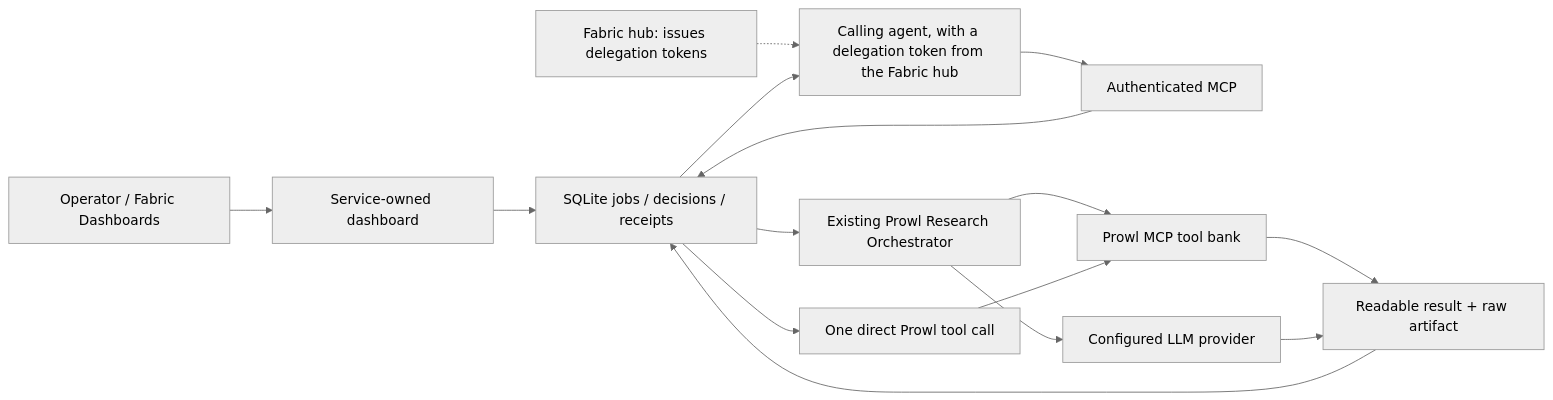
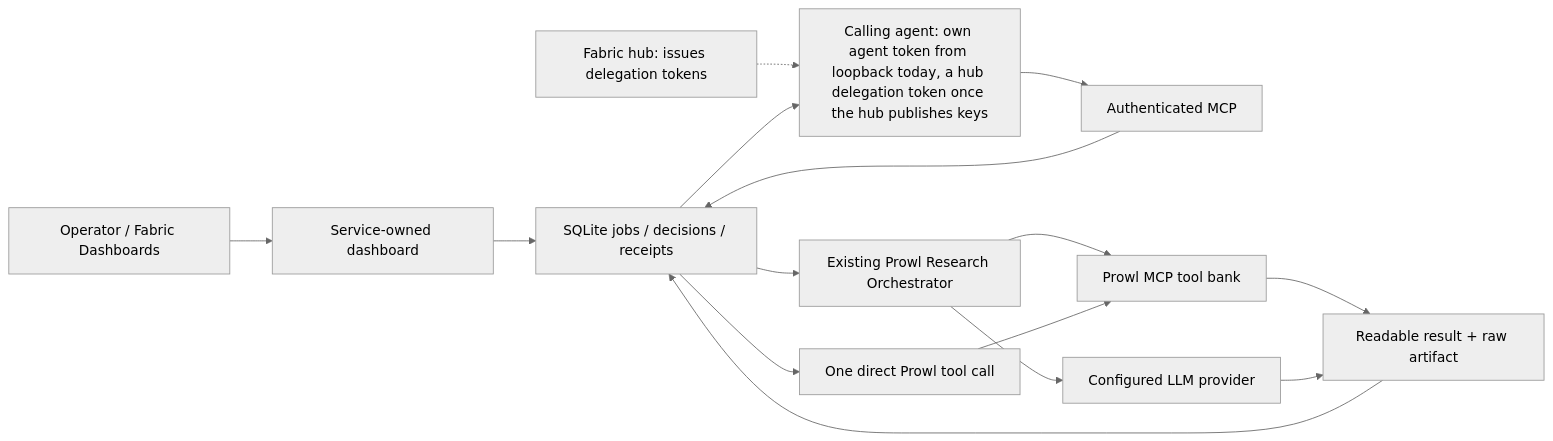
One commit to PROWL-AI/research-agent changed the diagram in docs/FABRIC.md. Above: the diagram before and after it, drawn with Mermaid (neutral theme). The commit also changed 7 other files, not shown here.

First line of the commit message:
docs: recheck fixes (learn tab call route, B-088 state, diagram, native render row); B-095 for DEC-0121

````diff
--- a/docs/FABRIC.md
+++ b/docs/FABRIC.md
@@ -9,17 +9,17 @@
 ```mermaid
 flowchart LR
  A[Operator / Fabric Dashboards] --> D[Service-owned dashboard]
- C[Calling agent, with a delegation token from the Fabric hub] --> M[Authenticated MCP]
+ C[Calling agent: own agent token from loopback today, a hub delegation token once the hub publishes keys] --> M[Authenticated MCP]
  H[Fabric hub: issues delegation tokens] -.-> C
  D --> S[SQLite jobs / decisions / receipts]
  M --> S
  S --> R[Existing Prowl Research Orchestrator]
  S --> T[One direct Prowl tool call]
  R --> P[Prowl MCP tool bank]
  R --> L[Configured LLM provider]
  T --> P
  P --> E[Readable result + raw artifact]
  L --> E
  E --> S
  S --> C
 ```
````
